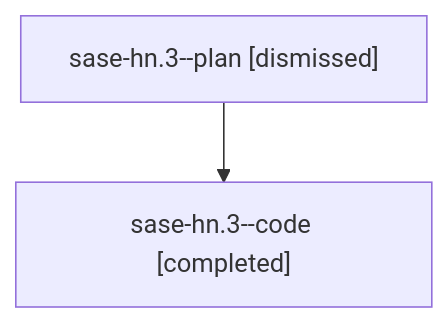
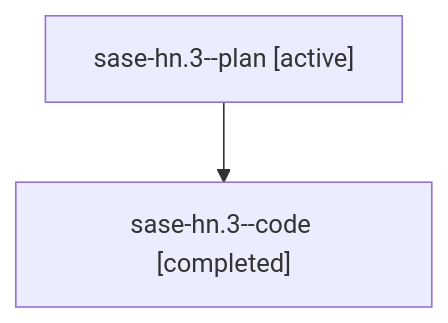
The diagram in families/bbugyi200.athena.sase-hn.3.md (sase-org/sase--agents), drawn with Mermaid before and after one commit. The commit also changed other lines of this file and 35830 other files, not shown here.

````diff
--- a/families/bbugyi200.athena.sase-hn.3.md
+++ b/families/bbugyi200.athena.sase-hn.3.md
@@ -9,6 +9,6 @@
 ```mermaid
 flowchart TD
-  n0["sase-hn.3--plan [dismissed]"]
+  n0["sase-hn.3--plan [active]"]
   n1["sase-hn.3--code [completed]"]
   n0 --> n1
 ```
````
